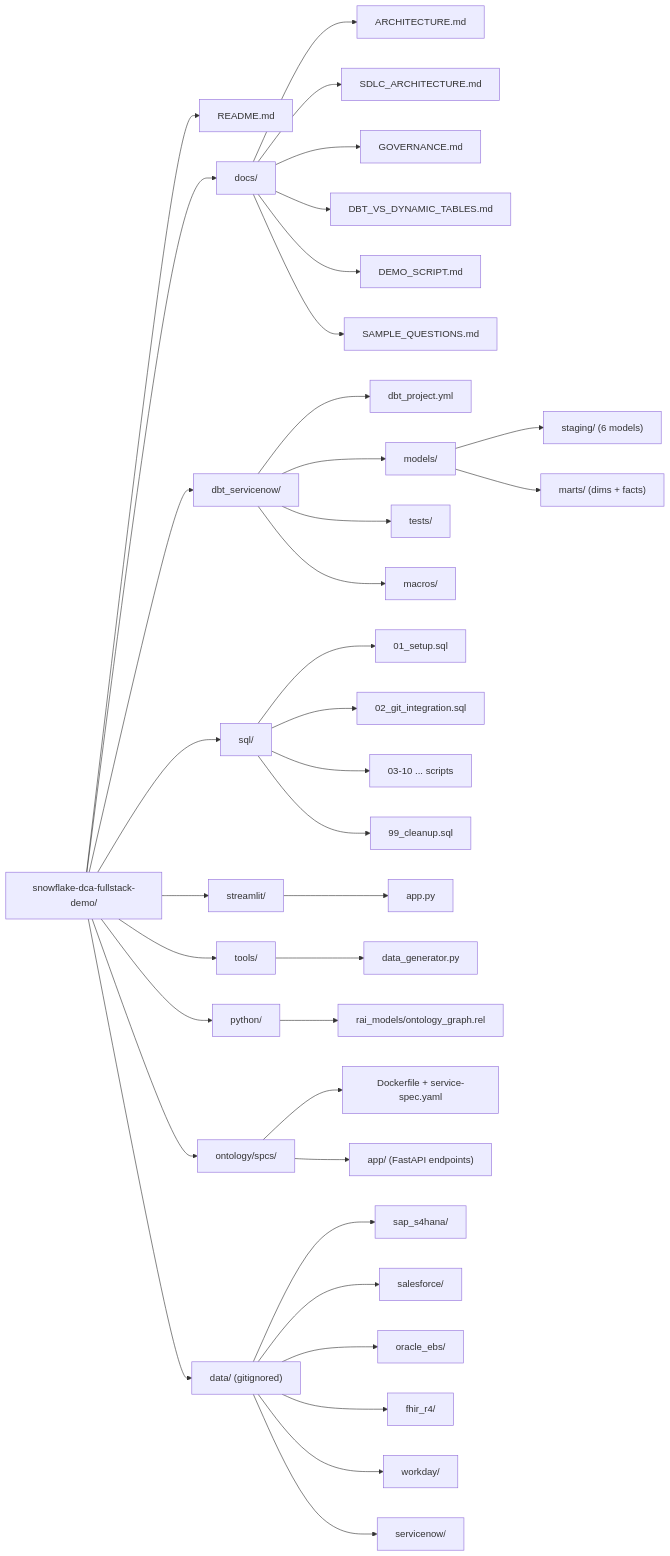
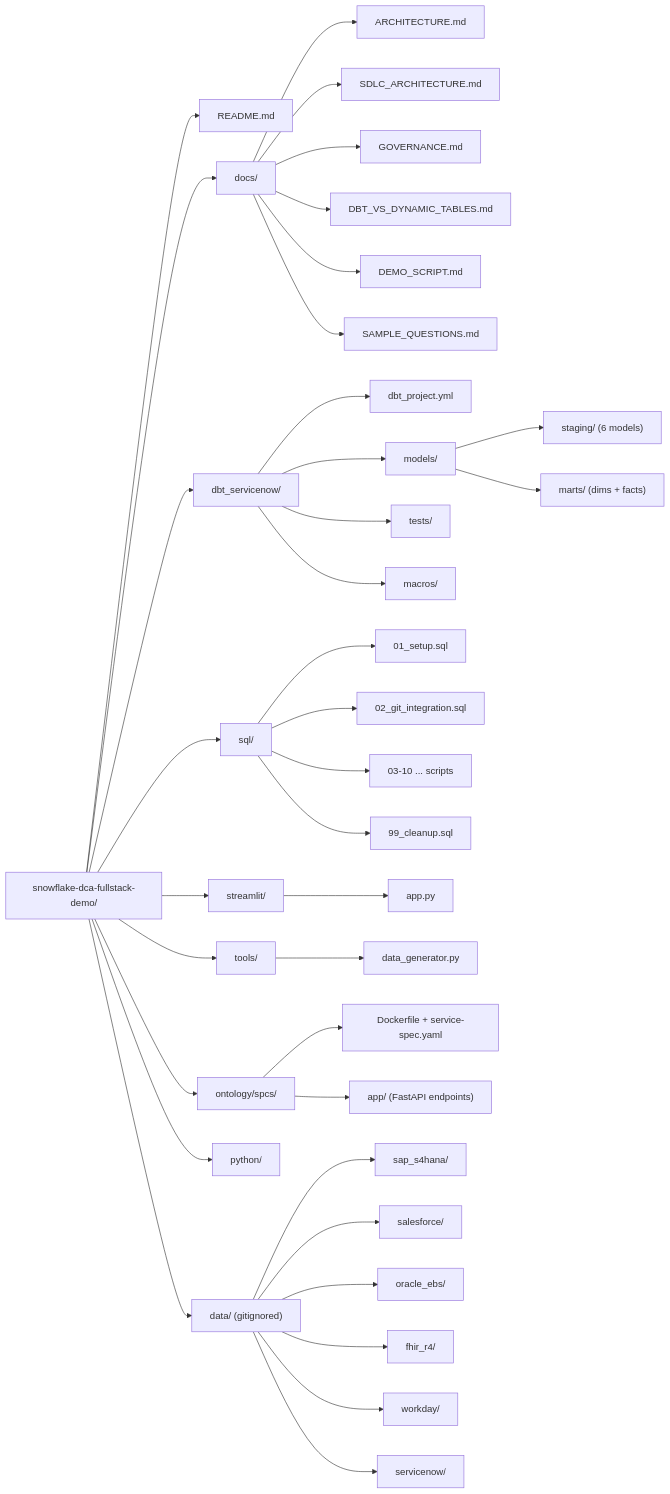
Before and after one commit to sfc-gh-smitchener-1/snowflake-dca-fullstack-demo: the seventh of 8 diagrams in README.md, drawn with Mermaid. The commit also changed other lines of this file and 44 other files, not shown here.

````diff
--- a/README.md
+++ b/README.md
@@ -284,46 +284,45 @@
 ```mermaid
 graph LR
     ROOT["snowflake-dca-fullstack-demo/"]
     ROOT --> README["README.md"]
     ROOT --> DOCS["docs/"]
     ROOT --> DBT["dbt_servicenow/"]
     ROOT --> SQL["sql/"]
     ROOT --> ST["streamlit/"]
     ROOT --> TOOLS["tools/"]
     ROOT --> DATA["data/ (gitignored)"]
     ROOT --> PYTHON["python/"]
     ROOT --> ONTSPCS["ontology/spcs/"]
 
     DOCS --> ARCH["ARCHITECTURE.md"]
     DOCS --> SDLC["SDLC_ARCHITECTURE.md"]
     DOCS --> GOV["GOVERNANCE.md"]
     DOCS --> DBTVDT["DBT_VS_DYNAMIC_TABLES.md"]
     DOCS --> DEMO["DEMO_SCRIPT.md"]
     DOCS --> SAMPLE["SAMPLE_QUESTIONS.md"]
 
     DBT --> PROJ["dbt_project.yml"]
     DBT --> MODELS["models/"]
     MODELS --> STAGING["staging/ (6 models)"]
     MODELS --> MARTS["marts/ (dims + facts)"]
     DBT --> TESTS["tests/"]
     DBT --> MACROS["macros/"]
 
     SQL --> S01["01_setup.sql"]
     SQL --> S02["02_git_integration.sql"]
     SQL --> S03["03-10 ... scripts"]
     SQL --> S99["99_cleanup.sql"]
 
     ST --> APP["app.py"]
     TOOLS --> GEN["data_generator.py"]
 
-    PYTHON --> RAI["rai_models/ontology_graph.rel"]
     ONTSPCS --> DOCKER["Dockerfile + service-spec.yaml"]
     ONTSPCS --> FASTAPI["app/ (FastAPI endpoints)"]
 
     DATA --> SAP["sap_s4hana/"]
     DATA --> SF["salesforce/"]
     DATA --> ORA["oracle_ebs/"]
     DATA --> FHIR["fhir_r4/"]
     DATA --> WD["workday/"]
     DATA --> SN["servicenow/"]
 ```
````
